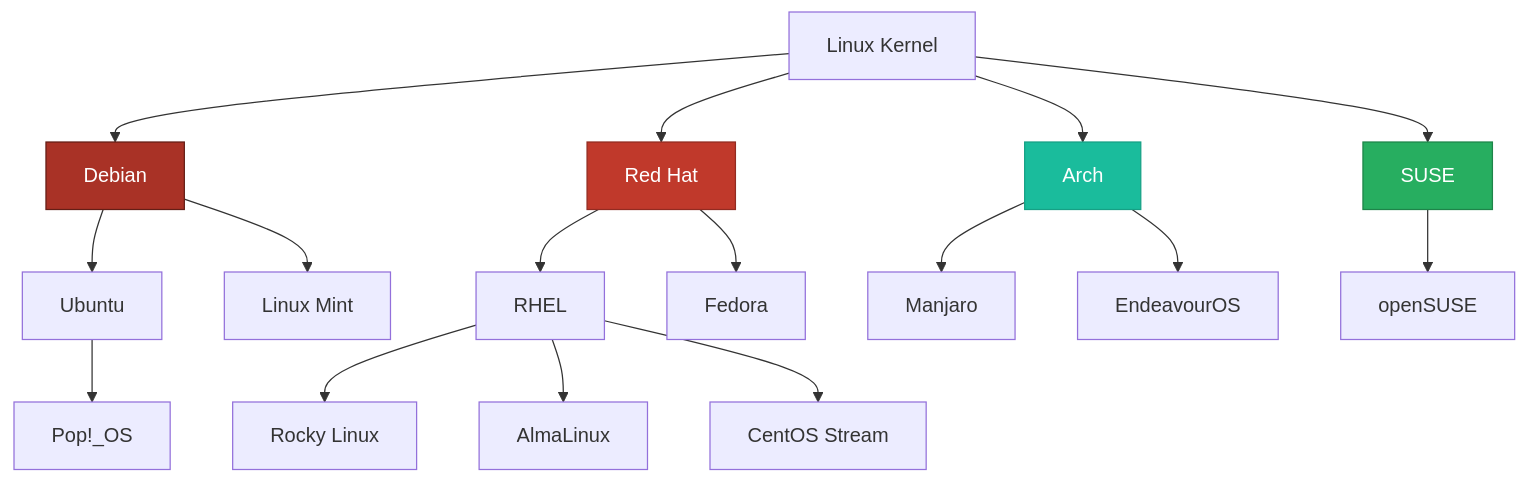
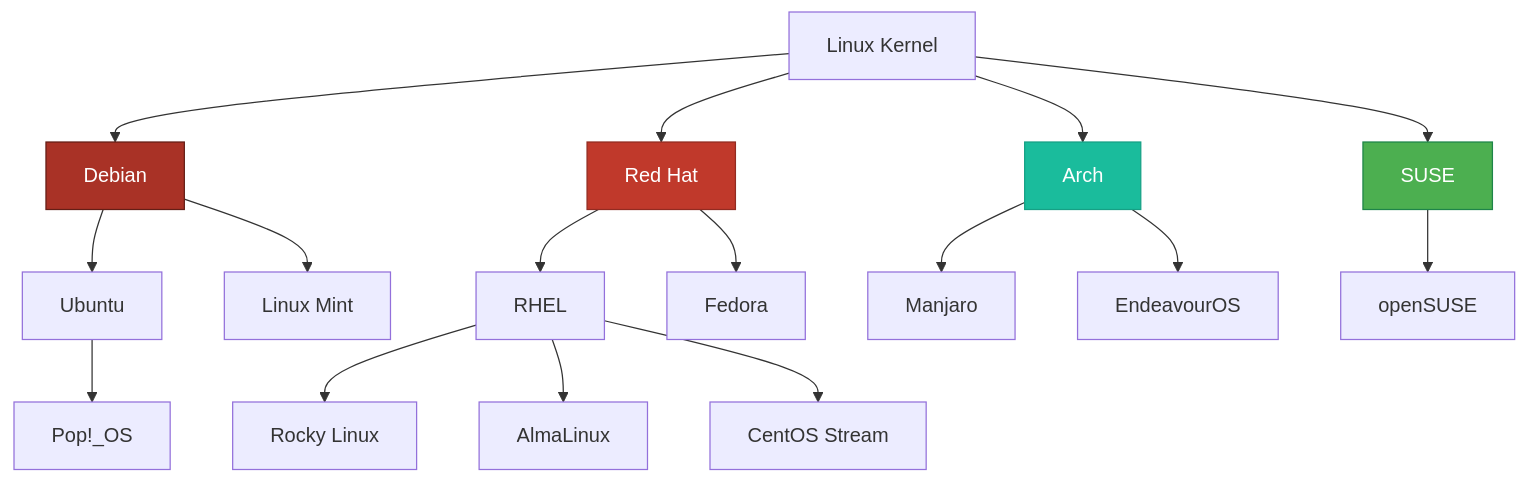
Before and after one commit to VBlackJack/ShellBook: the third of 4 diagrams in docs/formations/linux-mastery/01-decouverte.md, drawn with Mermaid. The commit also changed other lines of this file and 337 other files, not shown here.

First line of the commit message:
refactor(docs): Standardize code blocks and Mermaid colors

````diff
--- a/docs/formations/linux-mastery/01-decouverte.md
+++ b/docs/formations/linux-mastery/01-decouverte.md
@@ -119,27 +119,27 @@
 ```mermaid
 graph TD
     A[Linux Kernel] --> B[Debian]
     A --> C[Red Hat]
     A --> D[Arch]
     A --> E[SUSE]
 
     B --> B1[Ubuntu]
     B --> B2[Linux Mint]
     B1 --> B3[Pop!_OS]
 
     C --> C1[RHEL]
     C --> C2[Fedora]
     C1 --> C3[Rocky Linux]
     C1 --> C4[AlmaLinux]
     C1 --> C5[CentOS Stream]
 
     D --> D1[Manjaro]
     D --> D2[EndeavourOS]
 
     E --> E1[openSUSE]
 
     style B fill:#a93226,stroke:#641e16,color:#fff
     style C fill:#c0392b,stroke:#922b21,color:#fff
     style D fill:#1abc9c,stroke:#16a085,color:#fff
-    style E fill:#27ae60,stroke:#1e8449,color:#fff
+    style E fill:#4CAF50,stroke:#1e8449,color:#fff
 ```
````
